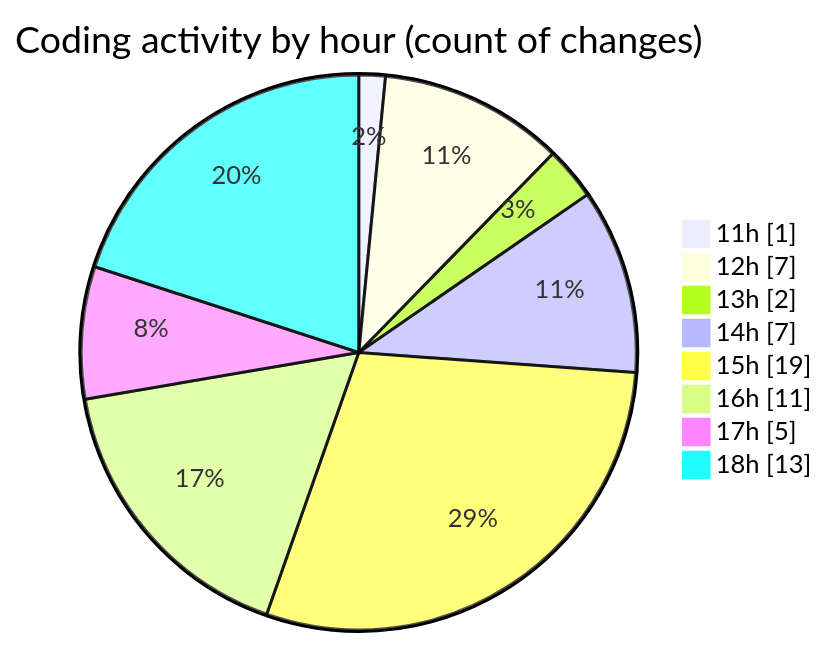
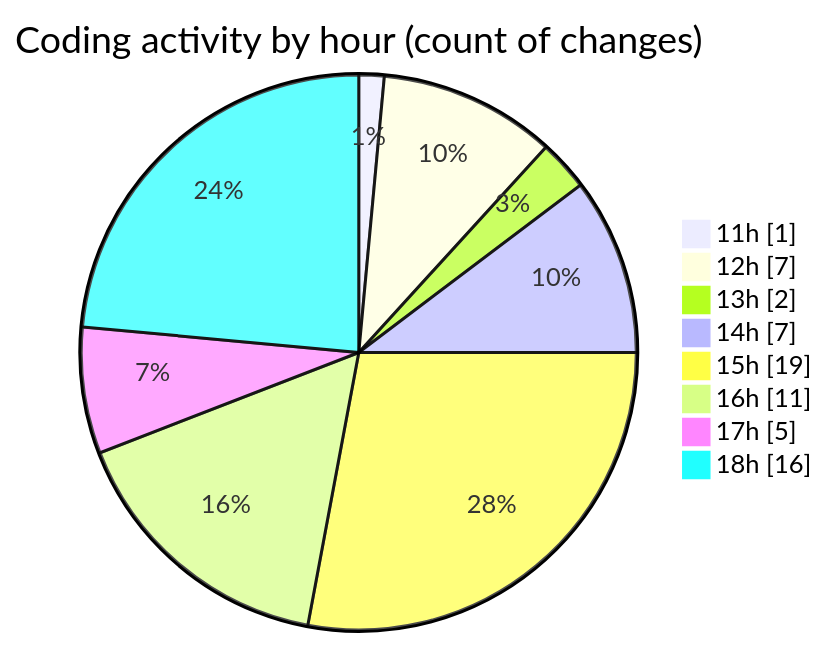
The second of 2 diagrams in 2025-06-09/cda/README.md (momahboobian/code-tracking), drawn with Mermaid before and after one commit. The commit also changed other lines of this file and 1 other file, not shown here.

````diff
--- a/2025-06-09/cda/README.md
+++ b/2025-06-09/cda/README.md
@@ -42,12 +42,12 @@
 ```mermaid
 pie showData
 title Coding activity by hour (count of changes)
 "11h" : 1
 "12h" : 7
 "13h" : 2
 "14h" : 7
 "15h" : 19
 "16h" : 11
 "17h" : 5
-"18h" : 13
+"18h" : 16
 ```
````
